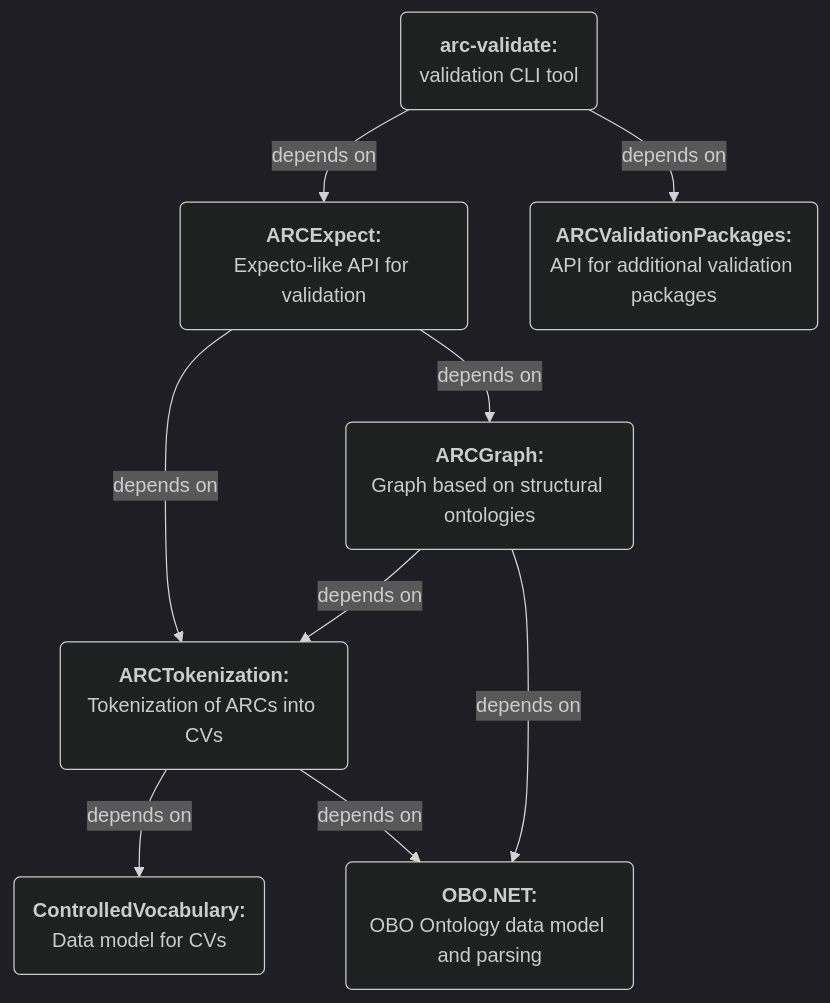
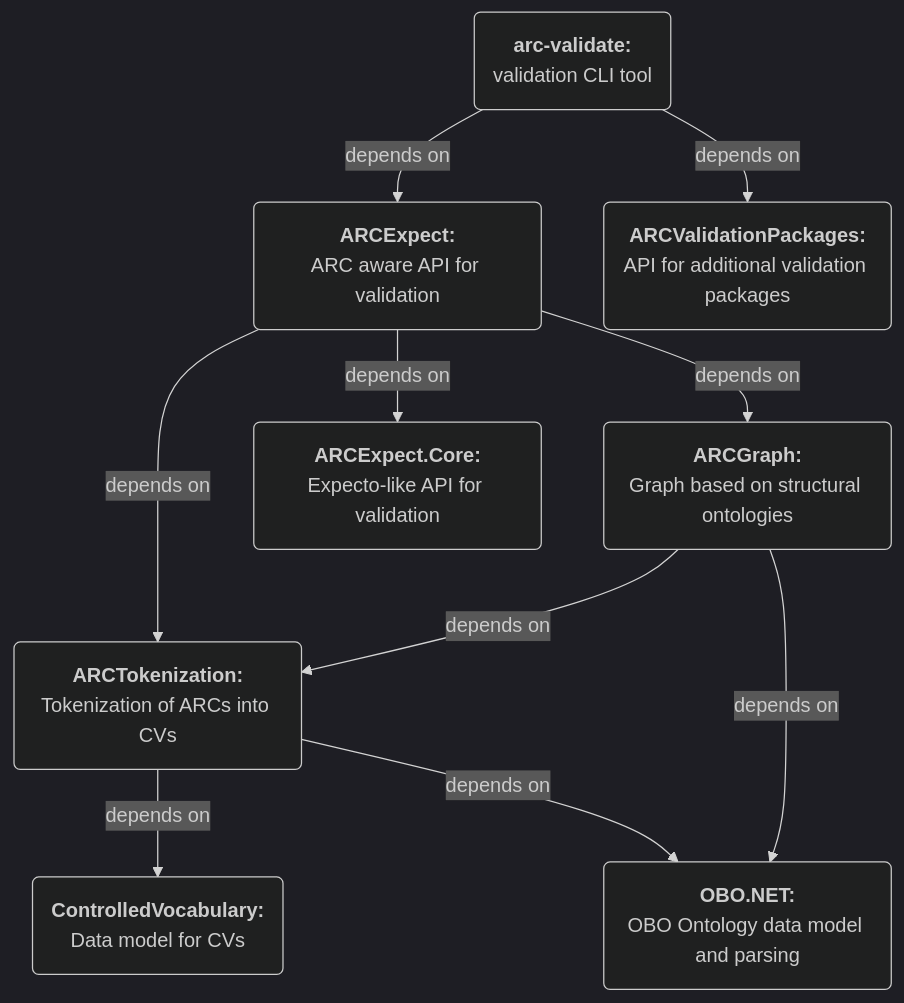
The diagram in README.md (nfdi4plants/arc-validate), drawn with Mermaid (dark theme) before and after one commit. The commit also changed other lines of this file and 9 other files, not shown here.

Commit message:
split off ARCExpect.Core from ARCExpect

````diff
--- a/README.md
+++ b/README.md
@@ -31,20 +32,22 @@
 ```mermaid
 flowchart TD
 
 ControlledVocabulary("<b>ControlledVocabulary:</b><br>Data model for CVs")
 ARCTokenization("<b>ARCTokenization:</b><br>Tokenization of ARCs into CVs")
 OBO.NET("<b>OBO.NET:</b><br>OBO Ontology data model and parsing")
 ARCGraph("<b>ARCGraph:</b><br>Graph based on structural ontologies")
-ARCExpect("<b>ARCExpect:</b><br>Expecto-like API for validation")
+ARCExpect("<b>ARCExpect:</b><br>ARC aware API for validation")
+ARCExpect.Core("<b>ARCExpect.Core:</b><br>Expecto-like API for validation")
 ARCValidationPackages("<b>ARCValidationPackages:</b><br>API for additional validation packages")
 arc-validate("<b>arc-validate:</b><br>validation CLI tool")
 
 arc-validate --depends on--> ARCExpect
 arc-validate --depends on--> ARCValidationPackages
 ARCTokenization --depends on--> ControlledVocabulary
 ARCTokenization --depends on--> OBO.NET
+ARCExpect --depends on--> ARCExpect.Core
 ARCExpect --depends on--> ARCGraph
 ARCExpect --depends on--> ARCTokenization
 ARCGraph --depends on--> ARCTokenization
 ARCGraph --depends on--> OBO.NET
 ```
````
